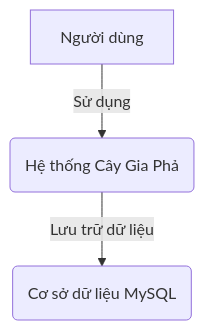
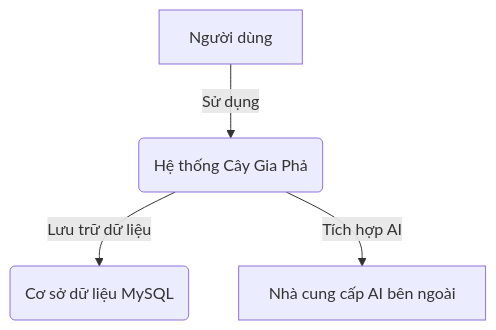
The first of 5 diagrams in docs/engineering/architecture.md (hkthao/family-tree-3), drawn with Mermaid before and after one commit. The commit also changed other lines of this file and 4 other files, not shown here.

````diff
--- a/docs/engineering/architecture.md
+++ b/docs/engineering/architecture.md
@@ -21,5 +21,6 @@
 ```mermaid
 graph TD
     A[Người dùng] -->|Sử dụng| B(Hệ thống Cây Gia Phả)
     B -->|Lưu trữ dữ liệu| C(Cơ sở dữ liệu MySQL)
+    B -->|Tích hợp AI| D[Nhà cung cấp AI bên ngoài]
 ```
````
